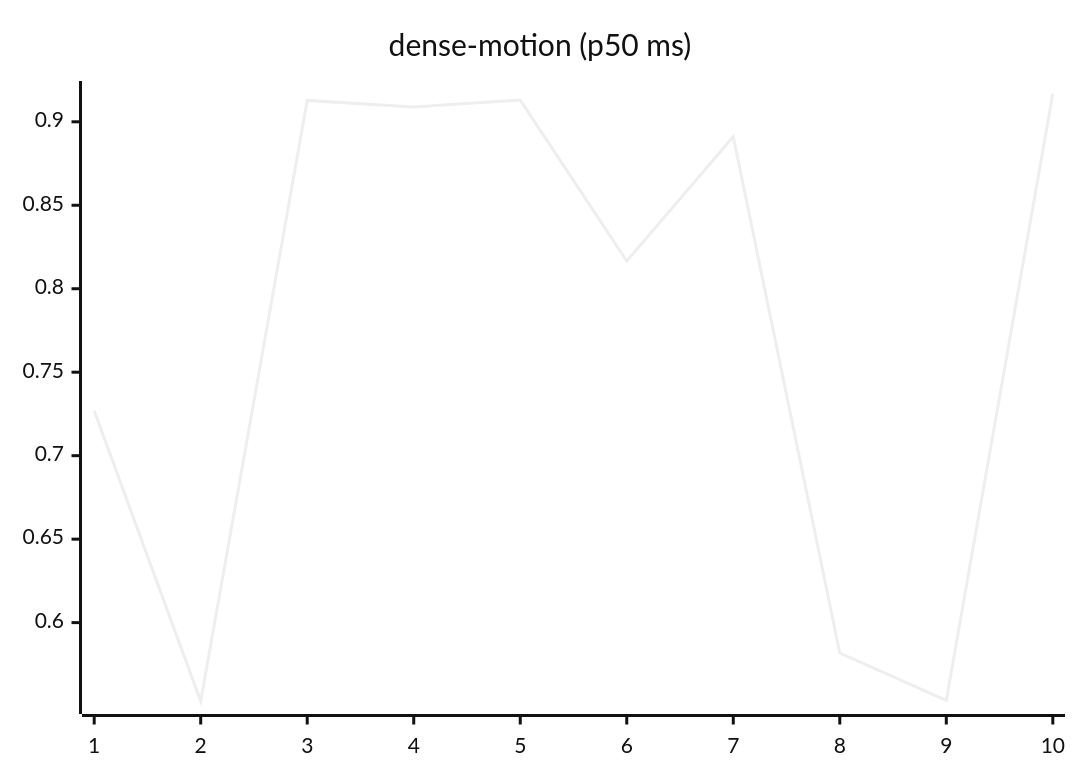
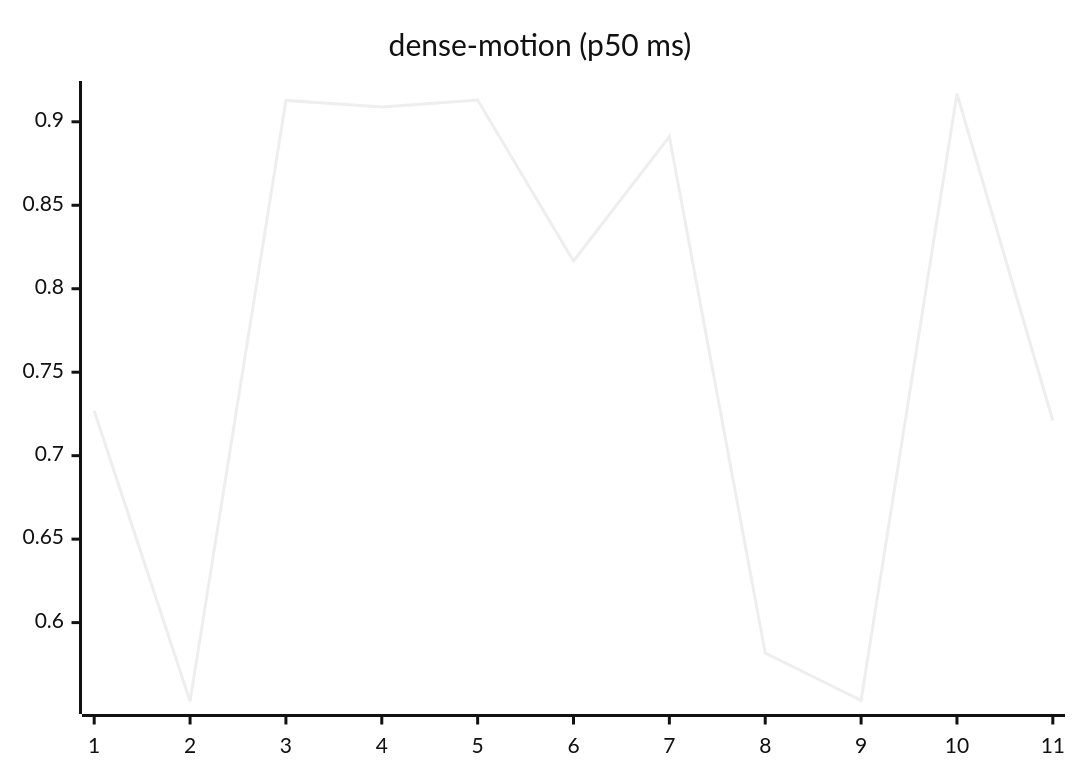
Before and after one commit to josha/Facet: the ninth of 27 diagrams in README.md, drawn with Mermaid (neutral theme). The commit also changed other lines of this file and 2 other files, not shown here.

````diff
--- a/README.md
+++ b/README.md
@@ -119,6 +119,6 @@
 ```mermaid
 xychart-beta
     title "dense-motion (p50 ms)"
-    x-axis 1 --> 10
-    line [0.7269, 0.5529, 0.9128, 0.9089, 0.9130, 0.8166, 0.8911, 0.5818, 0.5534, 0.9168]
+    x-axis 1 --> 11
+    line [0.7269, 0.5529, 0.9128, 0.9089, 0.9130, 0.8166, 0.8911, 0.5818, 0.5534, 0.9168, 0.7211]
 ```
````
